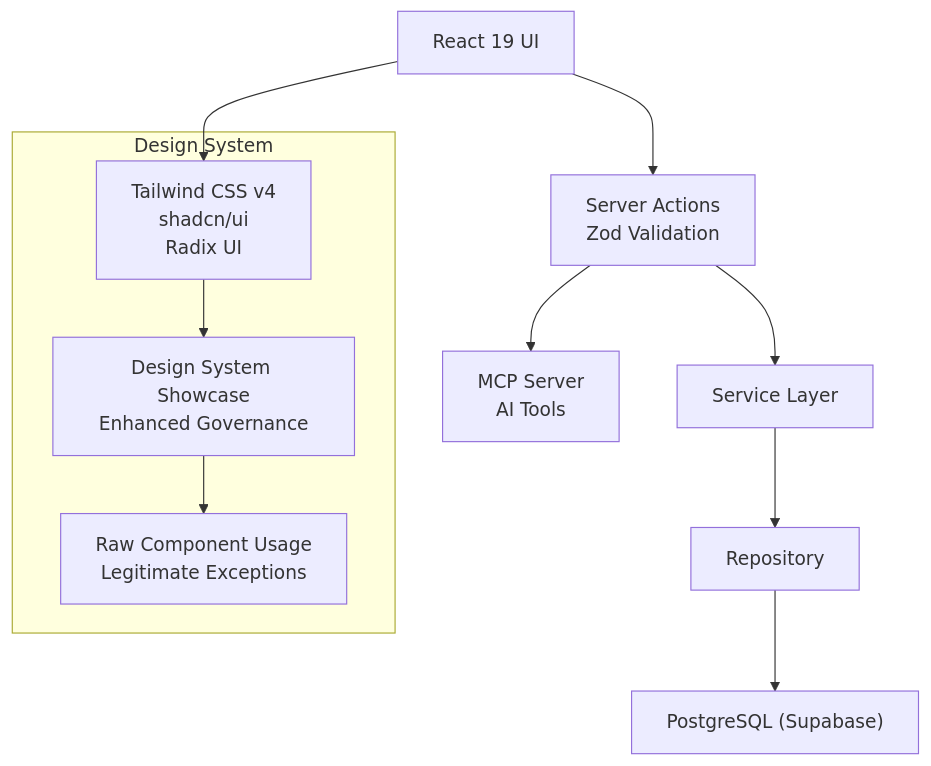
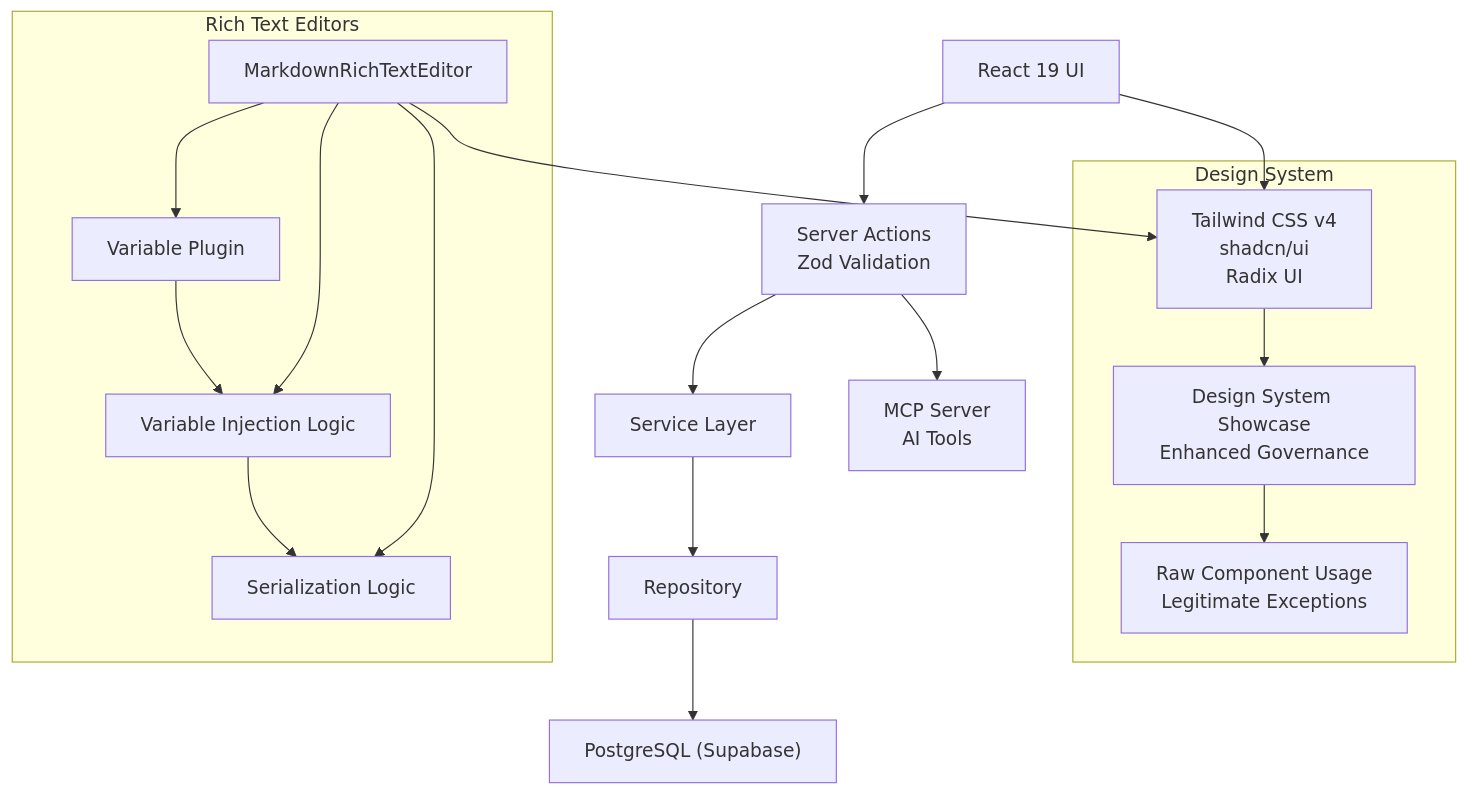
The second of 11 diagrams in .qoder/repowiki/en/content/Development Guide/Development Guide.md (SinesysTech/zattar-os), drawn with Mermaid before and after one commit. The commit also changed other lines of this file and 31 other files, not shown here.

````diff
--- a/.qoder/repowiki/en/content/Development Guide/Development Guide.md
+++ b/.qoder/repowiki/en/content/Development Guide/Development Guide.md
@@ -133,16 +148,28 @@
 ```mermaid
 graph TB
 UI["React 19 UI"] --> SA["Server Actions<br/>Zod Validation"]
 SA --> SVC["Service Layer"]
 SVC --> REP["Repository"]
 REP --> DB["PostgreSQL (Supabase)"]
 SA --> MCP["MCP Server<br/>AI Tools"]
+subgraph "Rich Text Editors"
+RE["MarkdownRichTextEditor"]
+VP["Variable Plugin"]
+INJ["Variable Injection Logic"]
+SER["Serialization Logic"]
+RE --> VP
+RE --> INJ
+RE --> SER
+VP --> INJ
+INJ --> SER
+end
 subgraph "Design System"
 DS["Tailwind CSS v4<br/>shadcn/ui<br/>Radix UI"]
 DSESC["Design System Showcase<br/>Enhanced Governance"]
 ENDS["Raw Component Usage<br/>Legitimate Exceptions"]
 end
 UI --> DS
 DS --> DSESC
 DSESC --> ENDS
+RE --> DS
 ```
````
